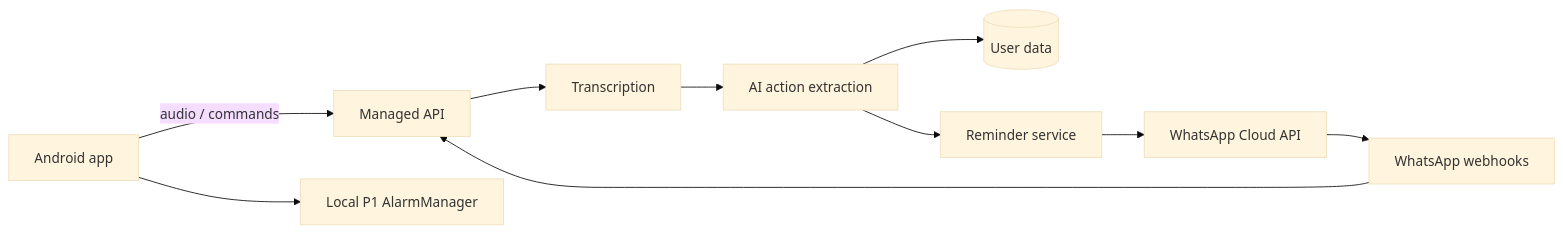
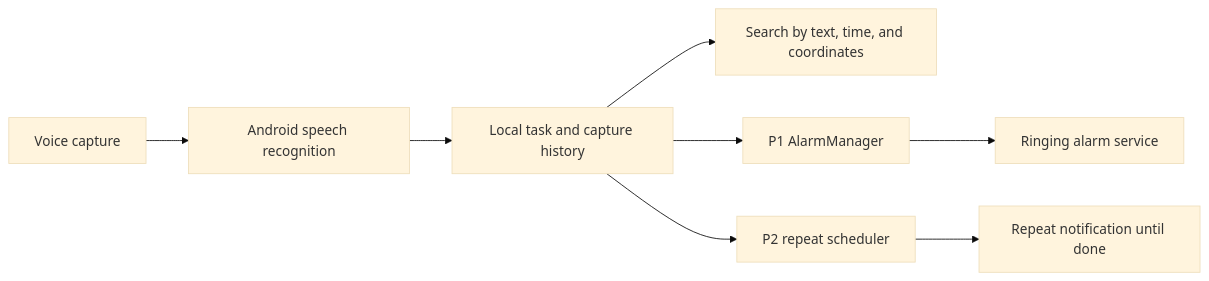
Before and after one commit to puneeee/voice-catcher: the diagram in docs/PRODUCT_PLAN.md, drawn with Mermaid (base theme). The commit also changed other lines of this file and 15 other files, not shown here.

Commit message:
Replace WhatsApp with repeating local reminders

````diff
--- a/docs/PRODUCT_PLAN.md
+++ b/docs/PRODUCT_PLAN.md
@@ -60,12 +50,10 @@
 ```mermaid
 flowchart LR
-    A[Android app] -->|audio / commands| B[Managed API]
-    B --> C[Transcription]
-    C --> D[AI action extraction]
-    D --> E[(User data)]
-    D --> F[Reminder service]
-    F --> G[WhatsApp Cloud API]
-    G --> H[WhatsApp webhooks]
-    H --> B
-    A --> I[Local P1 AlarmManager]
+    A[Voice capture] --> B[Android speech recognition]
+    B --> C[Local task and capture history]
+    C --> D[Search by text, time, and coordinates]
+    C --> E[P1 AlarmManager]
+    C --> F[P2 repeat scheduler]
+    E --> G[Ringing alarm service]
+    F --> H[Repeat notification until done]
 ```
````
